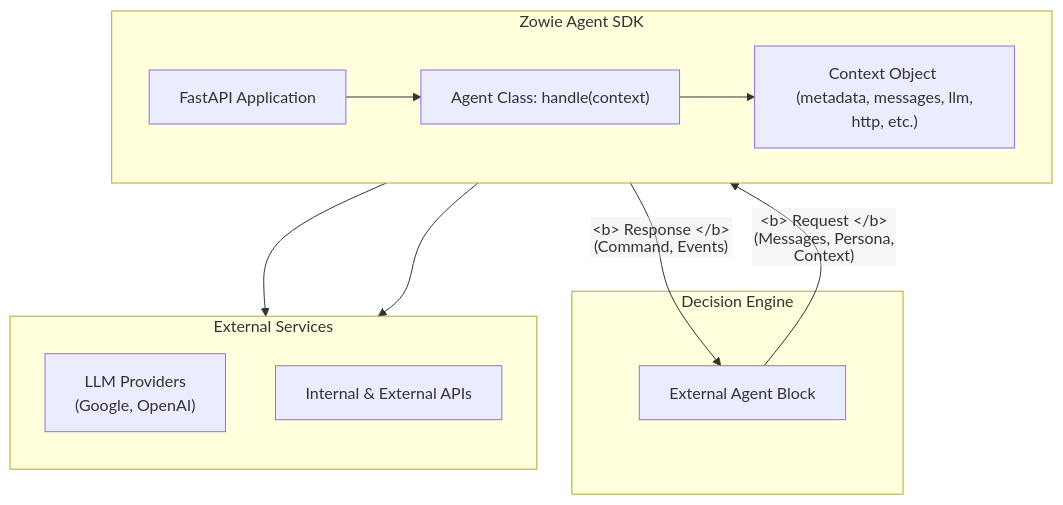
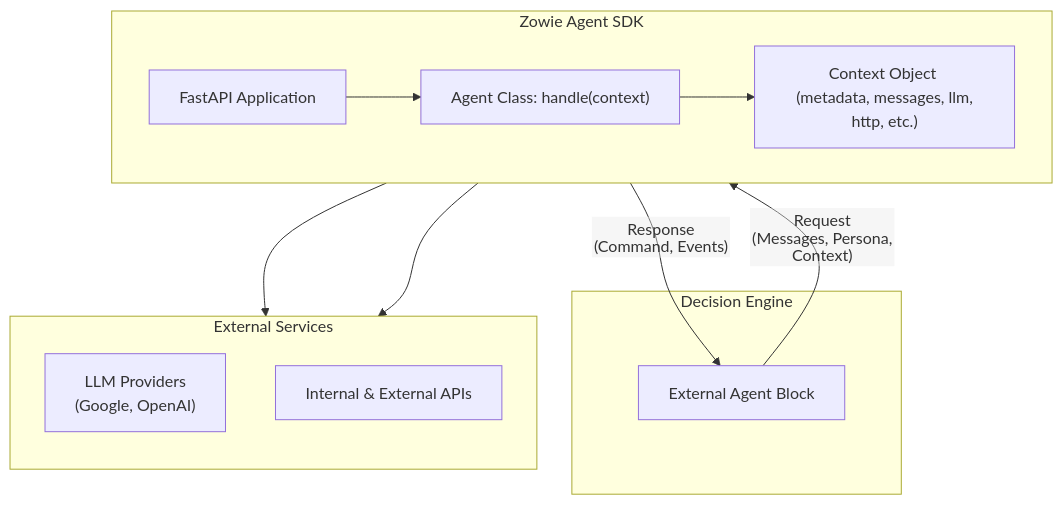
Before and after one commit to chatbotizeteam/zowie-agent-sdk-python: the diagram in README.md, drawn with Mermaid.

Commit message:
Remove <b>

````diff
--- a/README.md
+++ b/README.md
@@ -46,26 +46,26 @@
 ```mermaid
 %%{init: {"flowchart": {"htmlLabels": false}} }%%
 
 flowchart TD
     subgraph DecisionEngine [Decision Engine]
         DE_Core[External Agent Block]
     end
 
     subgraph AgentSDK [Zowie Agent SDK]
         direction LR
         FastAPI[FastAPI Application] --> AgentClass["Agent Class: handle(context)"]
         AgentClass --> Context["Context Object <br/> (metadata, messages, llm, http, etc.)"]
     end
 
     subgraph ExternalServices [External Services]
         direction TB
         LLM["LLM Providers <br/> (Google, OpenAI)"]
         HTTP[Internal & External APIs]
     end
 
-    DE_Core -- "<b>Request</b><br/>(Messages, Persona, Context)" --> FastAPI
-    FastAPI -- "<b>Response</b><br/>(Command, Events)" --> DE_Core
+    DE_Core -- "Request<br/>(Messages, Persona, Context)" --> FastAPI
+    FastAPI -- "Response<br/>(Command, Events)" --> DE_Core
 
     Context --> LLM
     Context --> HTTP
 ```
````
